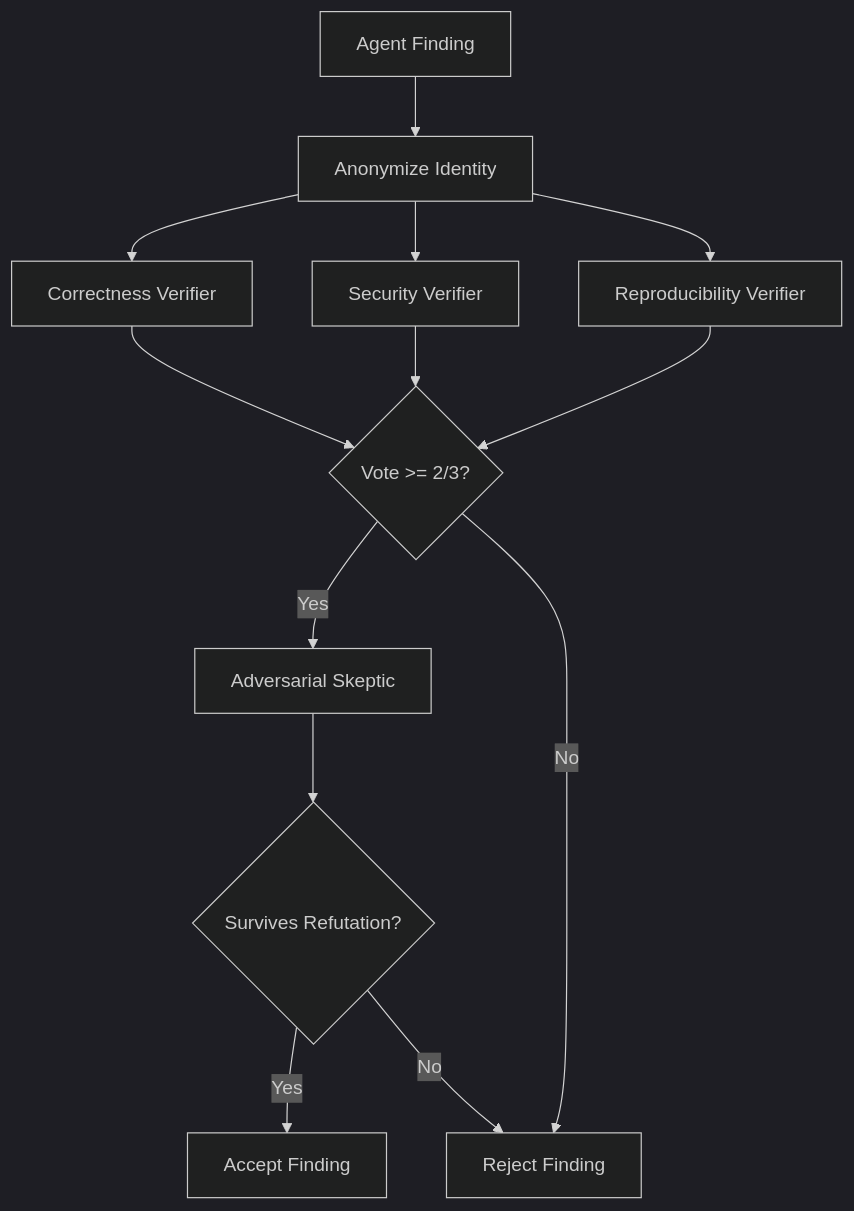
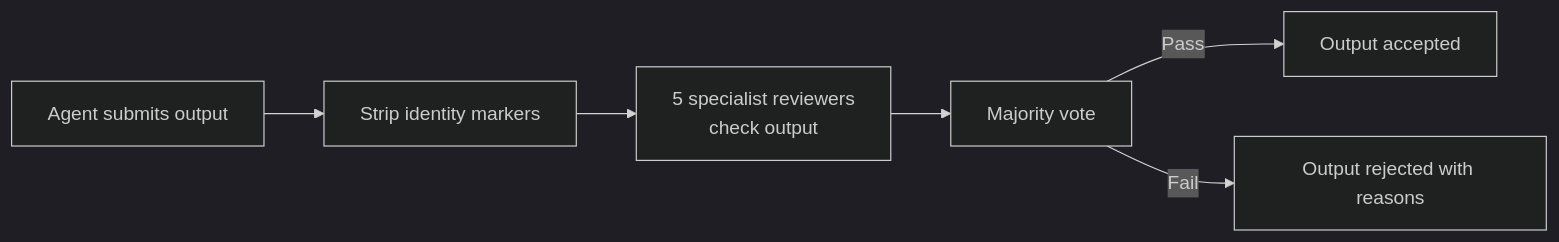
Before and after one commit to ndqkhanh/lyra: the first of 2 diagrams in docs/innovations/adversarial-panel.md, drawn with Mermaid (dark theme). The commit also changed other lines of this file and 23 other files, not shown here.

````diff
--- a/docs/innovations/adversarial-panel.md
+++ b/docs/innovations/adversarial-panel.md
@@ -8,15 +31,8 @@
 ```mermaid
-flowchart TD
-    FINDING[Agent Finding] --> ANON[Anonymize Identity]
-    ANON --> V1[Correctness Verifier]
-    ANON --> V2[Security Verifier]
-    ANON --> V3[Reproducibility Verifier]
-    V1 --> VOTE{Vote >= 2/3?}
-    V2 --> VOTE
-    V3 --> VOTE
-    VOTE -->|Yes| SKEPTIC[Adversarial Skeptic]
-    VOTE -->|No| REJECT[Reject Finding]
-    SKEPTIC --> SURVIVE{Survives Refutation?}
-    SURVIVE -->|Yes| ACCEPT[Accept Finding]
-    SURVIVE -->|No| REJECT
+flowchart LR
+    SUBMISSION[Agent submits output] --> ANONYMIZE[Strip identity markers]
+    ANONYMIZE --> REVIEW[5 specialist reviewers<br/>check output]
+    REVIEW --> VOTE[Majority vote]
+    VOTE -->|Pass| ACCEPT[Output accepted]
+    VOTE -->|Fail| REJECT[Output rejected with reasons]
 ```
````
